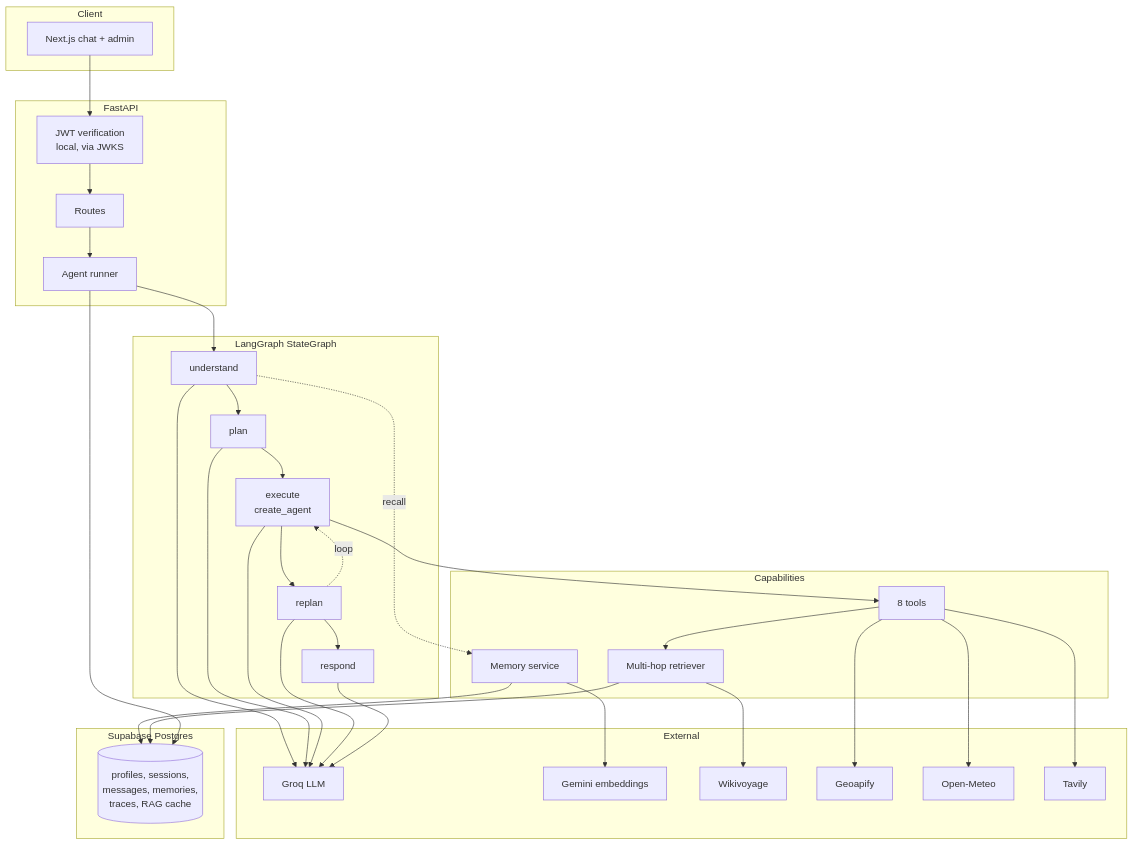
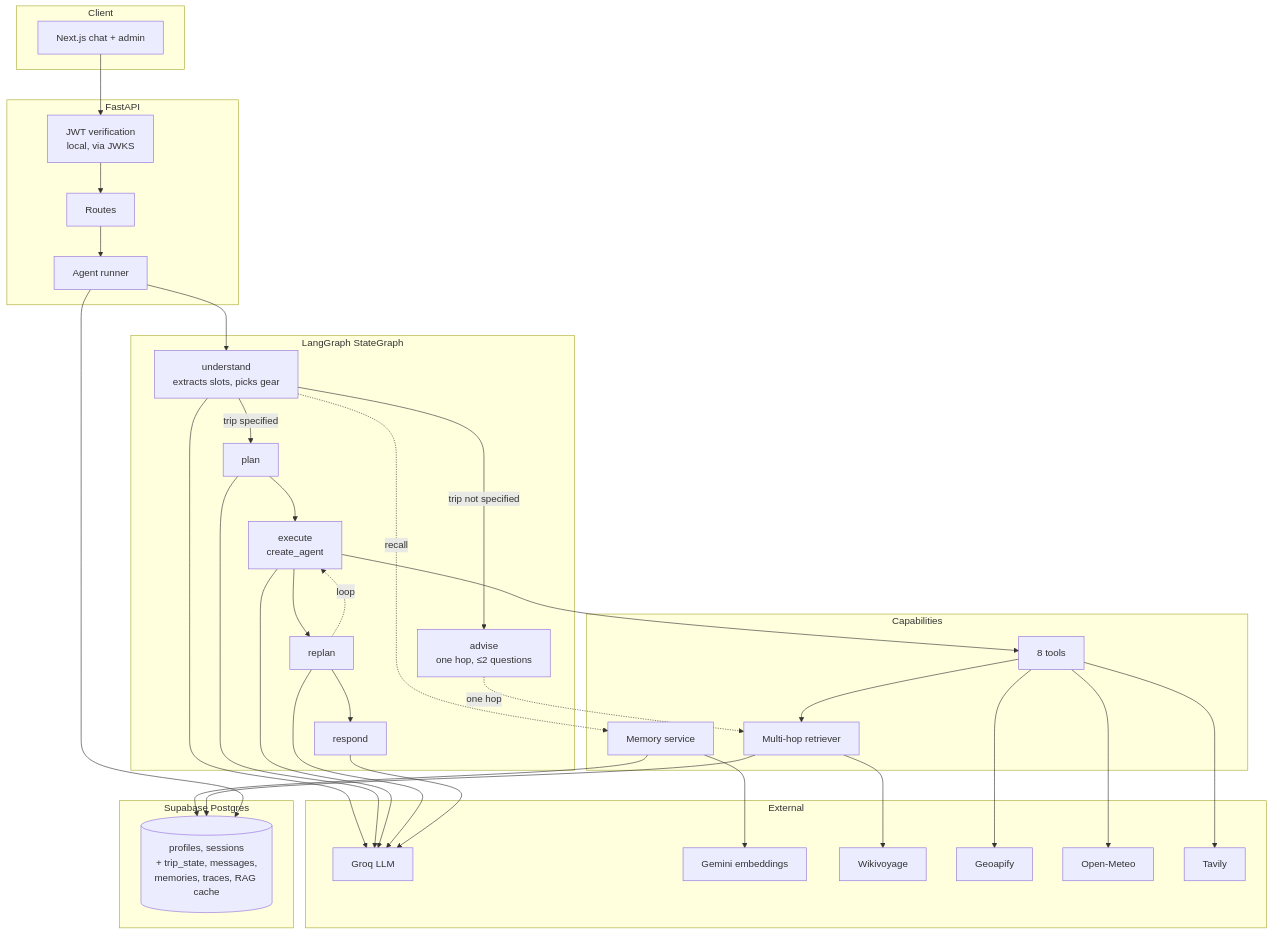
The first of 7 diagrams in docs/ARCHITECTURE.md (Vinay9911/TRIP-PLANNER), drawn with Mermaid before and after one commit. The commit also changed other lines of this file and 22 other files, not shown here.

````diff
--- a/docs/ARCHITECTURE.md
+++ b/docs/ARCHITECTURE.md
@@ -30,52 +31,56 @@
 ```mermaid
 graph TB
     subgraph Client
         FE[Next.js chat + admin]
     end
 
     subgraph API["FastAPI"]
         AUTH[JWT verification<br/>local, via JWKS]
         ROUTES[Routes]
         RUN[Agent runner]
     end
 
     subgraph Agent["LangGraph StateGraph"]
-        U[understand]
+        U[understand<br/>extracts slots, picks gear]
+        ADV[advise<br/>one hop, ≤2 questions]
         P[plan]
         E[execute<br/>create_agent]
         R[replan]
         RESP[respond]
     end
 
     subgraph Capabilities
         TOOLS[8 tools]
         MEM[Memory service]
         RAG[Multi-hop retriever]
     end
 
     subgraph External
         GROQ[Groq LLM]
         GEM[Gemini embeddings]
         WV[Wikivoyage]
         GEO[Geoapify]
         OM[Open-Meteo]
         TAV[Tavily]
     end
 
     subgraph Storage["Supabase Postgres"]
-        PG[(profiles, sessions,<br/>messages, memories,<br/>traces, RAG cache)]
+        PG[(profiles, sessions<br/>+ trip_state, messages,<br/>memories, traces, RAG cache)]
     end
 
     FE --> AUTH --> ROUTES --> RUN --> U
-    U --> P --> E --> R
+    U -->|trip not specified| ADV
+    U -->|trip specified| P
+    P --> E --> R
     R -.loop.-> E
     R --> RESP
     U -.recall.-> MEM
+    ADV -.one hop.-> RAG
     E --> TOOLS
     TOOLS --> RAG
     TOOLS --> GEO & OM & TAV
     RAG --> WV
     MEM --> GEM
     U & P & E & R & RESP --> GROQ
     MEM & RAG & RUN --> PG
 ```
````
